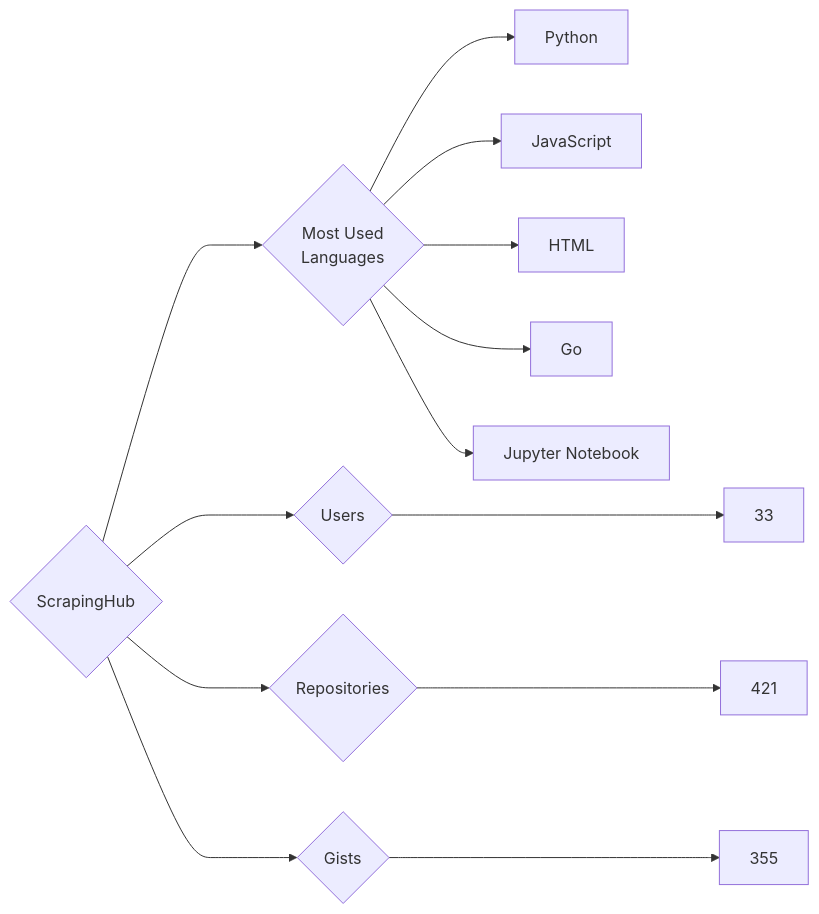
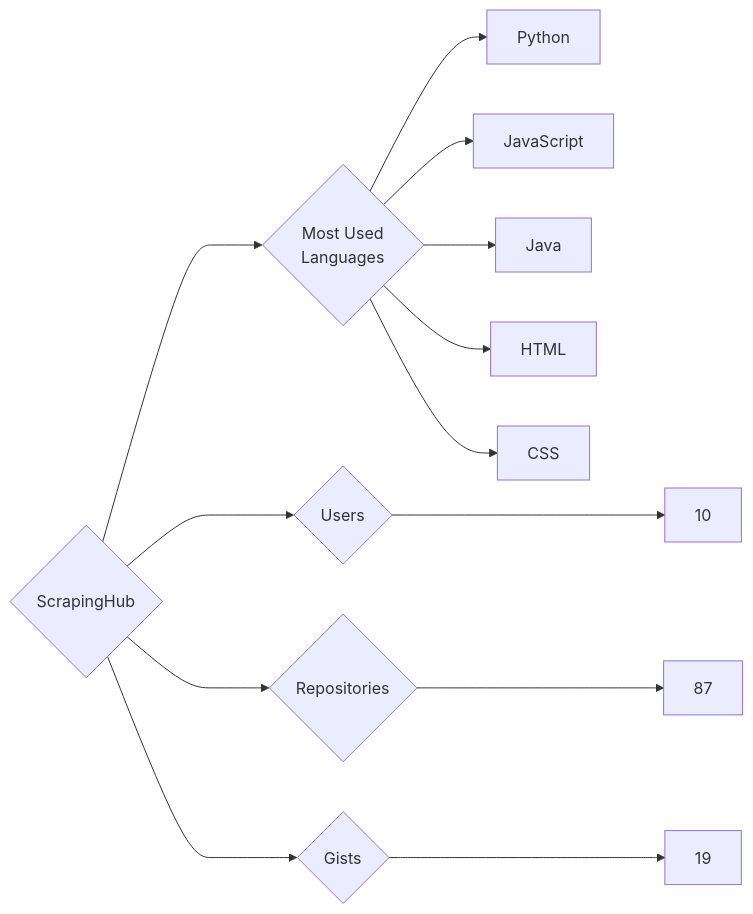
Before and after one commit to trickest/insiders: the diagram in targets/ScrapingHub/README.md, drawn with Mermaid. The commit also changed 748 other files, not shown here.

````diff
--- a/targets/ScrapingHub/README.md
+++ b/targets/ScrapingHub/README.md
@@ -3,13 +3,13 @@
 ```mermaid
 graph LR
 COMPANY_NAME{ScrapingHub}
-COMPANY_NAME ---> U{Users} ---> UN[33]
-COMPANY_NAME ---> R{Repositories} ---> RN[421]
-COMPANY_NAME ---> G{Gists} ---> GN[355]
+COMPANY_NAME ---> U{Users} ---> UN[10]
+COMPANY_NAME ---> R{Repositories} ---> RN[87]
+COMPANY_NAME ---> G{Gists} ---> GN[19]
 COMPANY_NAME ---> ML{Most Used<br>Languages}
 ML --> Python[Python]
 ML --> JavaScript[JavaScript]
+ML --> Java[Java]
 ML --> HTML[HTML]
-ML --> Go[Go]
-ML --> Jupyter_Notebook[Jupyter Notebook]
+ML --> CSS[CSS]
 ```
````
